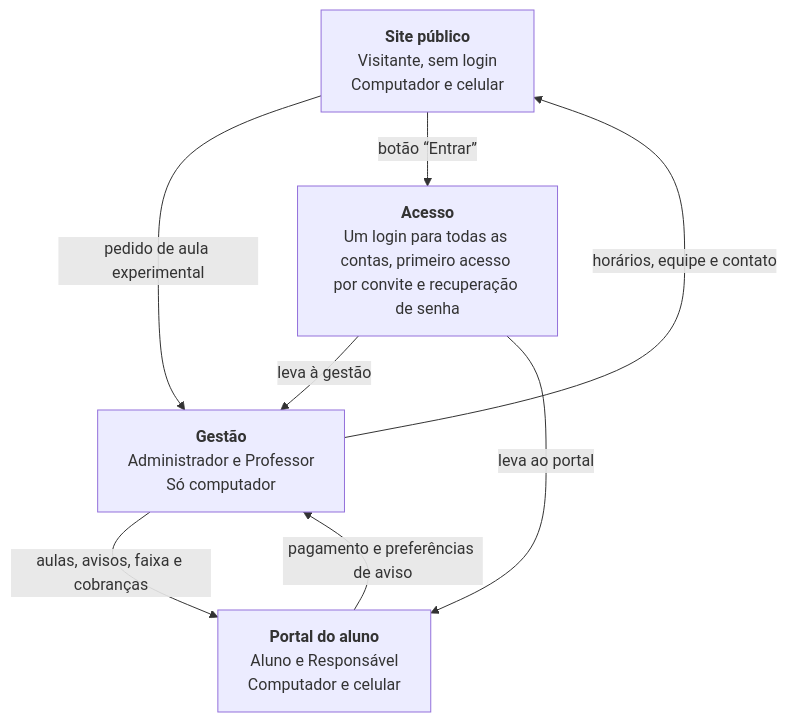
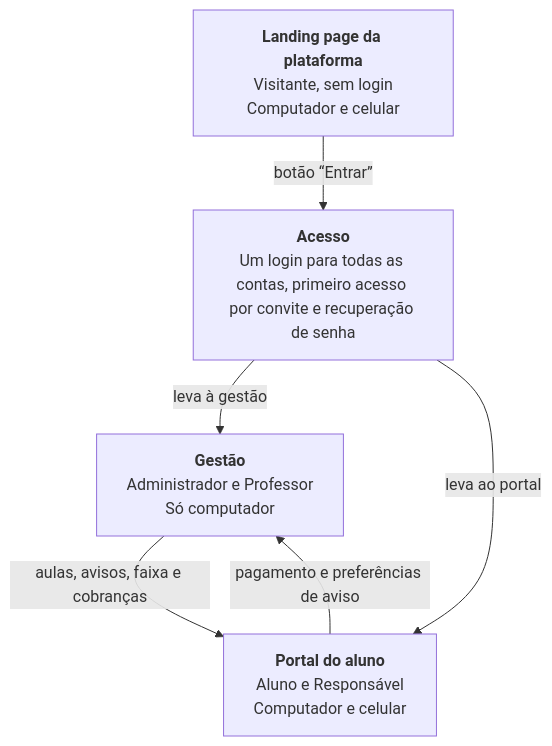
Before and after one commit to DevDosAnjos/academy: the diagram in docs/visao-geral.md, drawn with Mermaid. The commit also changed other lines of this file and 19 other files, not shown here.

First line of the commit message:
Escopo sem site público por academia: landing page da plataforma (#14)

````diff
--- a/docs/visao-geral.md
+++ b/docs/visao-geral.md
@@ -28,15 +30,13 @@
 ```mermaid
 flowchart TB
-    site["<b>Site público</b><br/>Visitante, sem login<br/>Computador e celular"]
+    site["<b>Landing page da plataforma</b><br/>Visitante, sem login<br/>Computador e celular"]
     gestao["<b>Gestão</b><br/>Administrador e Professor<br/>Só computador"]
     portal["<b>Portal do aluno</b><br/>Aluno e Responsável<br/>Computador e celular"]
     acesso["<b>Acesso</b><br/>Um login para todas as contas, primeiro acesso por convite e recuperação de senha"]
 
-    gestao -- "horários, equipe e contato" --> site
-    site -- "pedido de aula experimental" --> gestao
     gestao -- "aulas, avisos, faixa e cobranças" --> portal
     portal -- "pagamento e preferências de aviso" --> gestao
     site -- "botão “Entrar”" --> acesso
     acesso -- "leva à gestão" --> gestao
     acesso -- "leva ao portal" --> portal
 ```
````
